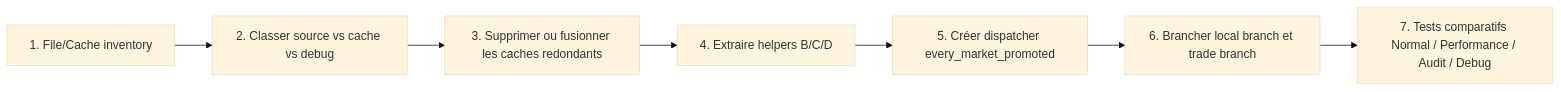
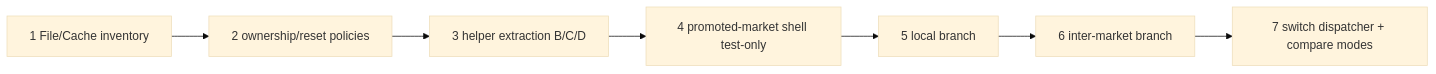
One commit to eu5mod/eu5-no-void-economy changed the diagram in docs/audits/pr126/AGENT_REFACTOR_INSTRUCTIONS.md. Above: the diagram before and after it, drawn with Mermaid (base theme). The commit also changed other lines of this file and 7 other files, not shown here.

````diff
--- a/docs/audits/pr126/AGENT_REFACTOR_INSTRUCTIONS.md
+++ b/docs/audits/pr126/AGENT_REFACTOR_INSTRUCTIONS.md
@@ -5,9 +5,9 @@
 ```mermaid
 flowchart LR
-    A[1. File/Cache inventory] --> B[2. Classer source vs cache vs debug]
-    B --> C[3. Supprimer ou fusionner les caches redondants]
-    C --> D[4. Extraire helpers B/C/D]
-    D --> E[5. Créer dispatcher every_market_promoted]
-    E --> F[6. Brancher local branch et trade branch]
-    F --> G[7. Tests comparatifs Normal / Performance / Audit / Debug]
+    A[1 File/Cache inventory] --> B[2 ownership/reset policies]
+    B --> C[3 helper extraction B/C/D]
+    C --> D[4 promoted-market shell test-only]
+    D --> E[5 local branch]
+    E --> F[6 inter-market branch]
+    F --> G[7 switch dispatcher + compare modes]
 ```
````
